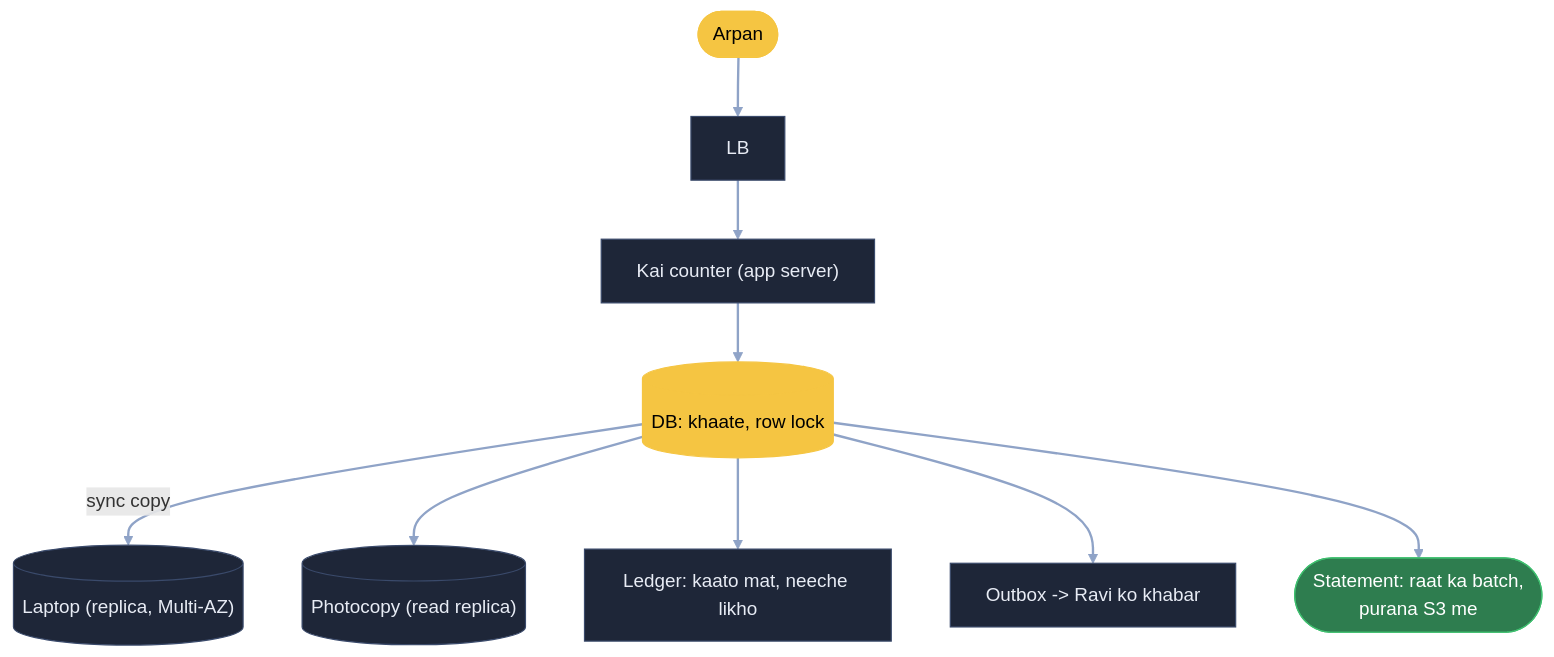
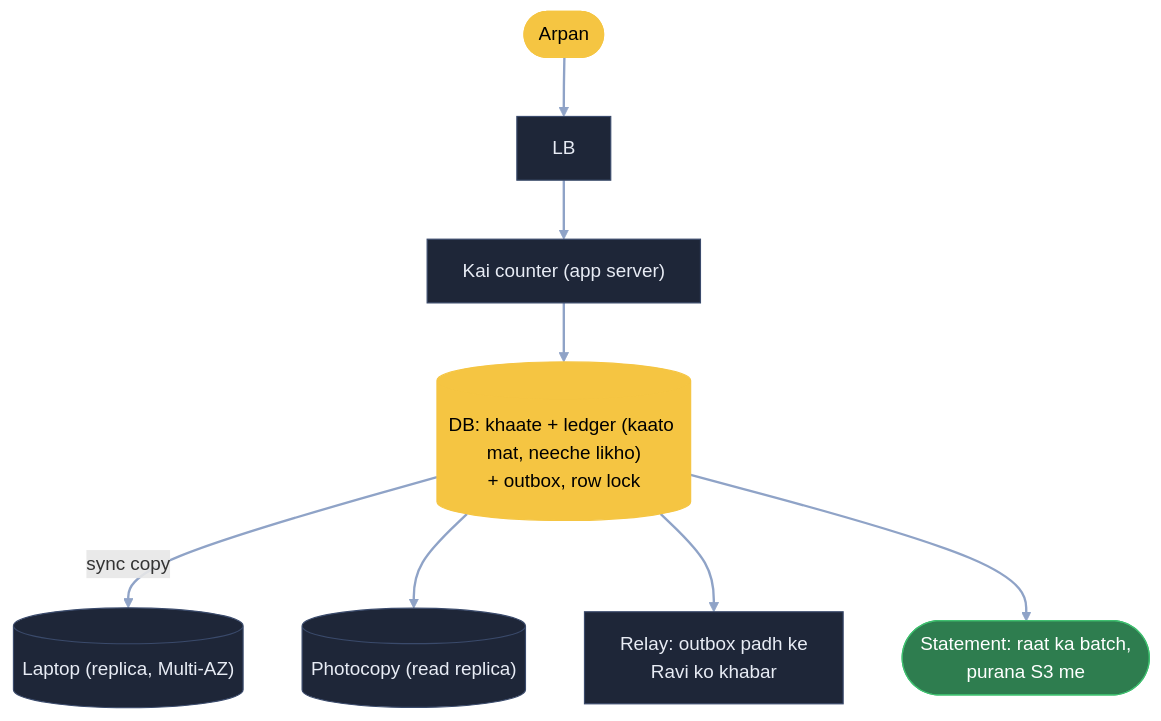
Diagram 22 of 22 in 04_HLD/SYSTEM_DESIGNS/13_banking_system/13_banking_system.md (ArpanMaheshwari144/Prep), drawn with Mermaid before and after one commit. The commit also changed 11 other files, not shown here.

Commit message:
Outbox = DB ki table har diagram me (file upload, BMS, Kafka, news, banking, chat) + 6 uljhi Arpan lines saaf (banking, chat, e-com, netflix, uber)

````diff
--- a/04_HLD/SYSTEM_DESIGNS/13_banking_system/13_banking_system.md
+++ b/04_HLD/SYSTEM_DESIGNS/13_banking_system/13_banking_system.md
@@ -789,15 +789,14 @@
 ```mermaid
 flowchart TB
     A(["Arpan"]):::pill --> LB["LB"]:::card --> C["Kai counter (app server)"]:::card
-    C --> DB[("DB: khaate, row lock")]:::pill
+    C --> DB[("DB: khaate + ledger (kaato mat, neeche likho)<br/>+ outbox, row lock")]:::pill
     DB -- "sync copy" --> REP[("Laptop (replica, Multi-AZ)")]:::card
     DB --> RR[("Photocopy (read replica)")]:::card
-    DB --> LG["Ledger: kaato mat, neeche likho"]:::card
-    DB --> OB["Outbox -> Ravi ko khabar"]:::card
+    DB --> OB["Relay: outbox padh ke<br/>Ravi ko khabar"]:::card
     DB --> ST(["Statement: raat ka batch,<br/>purana S3 me"]):::good
     linkStyle default stroke:#8fa3c7,stroke-width:2px
     classDef card fill:#1e2638,stroke:#3a4a6b,color:#e8ecf5
     classDef pill fill:#f5c542,stroke:#f5c542,color:#000
     classDef good fill:#2e7d4f,stroke:#3fbf6f,color:#fff
     classDef bad fill:#5c1f24,stroke:#e05561,color:#fff
 ```
````
